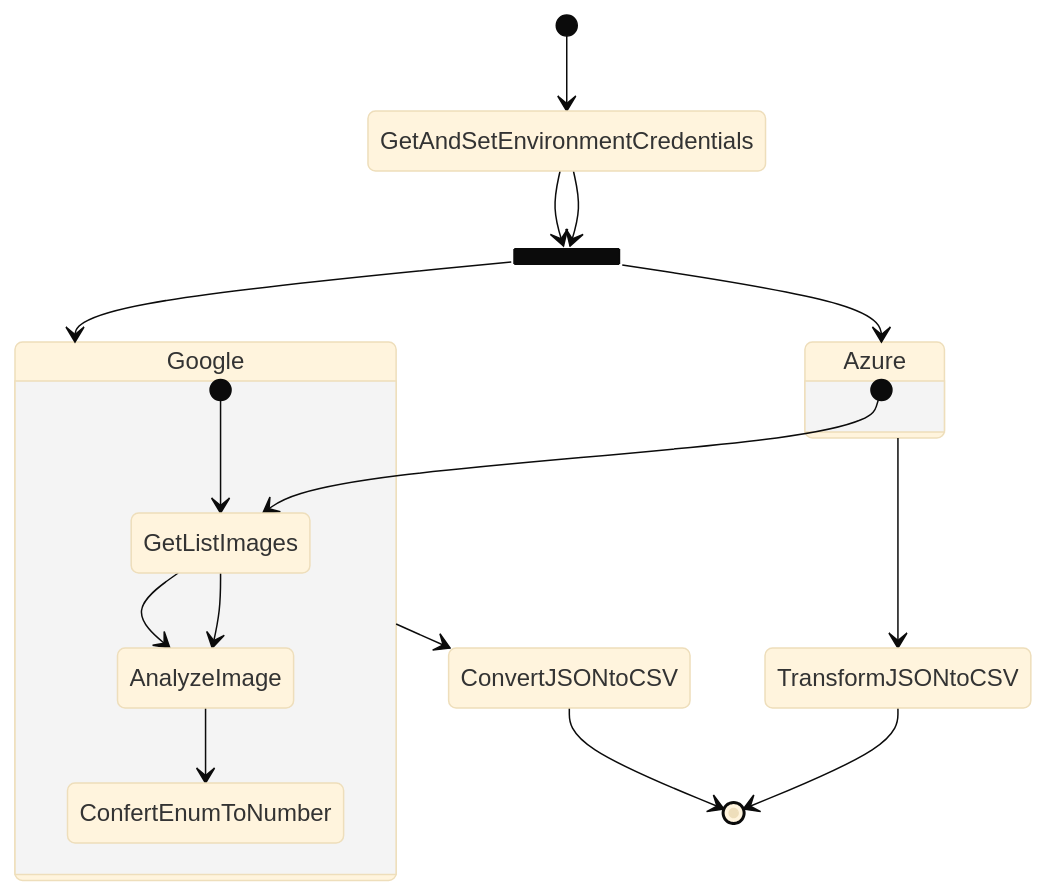
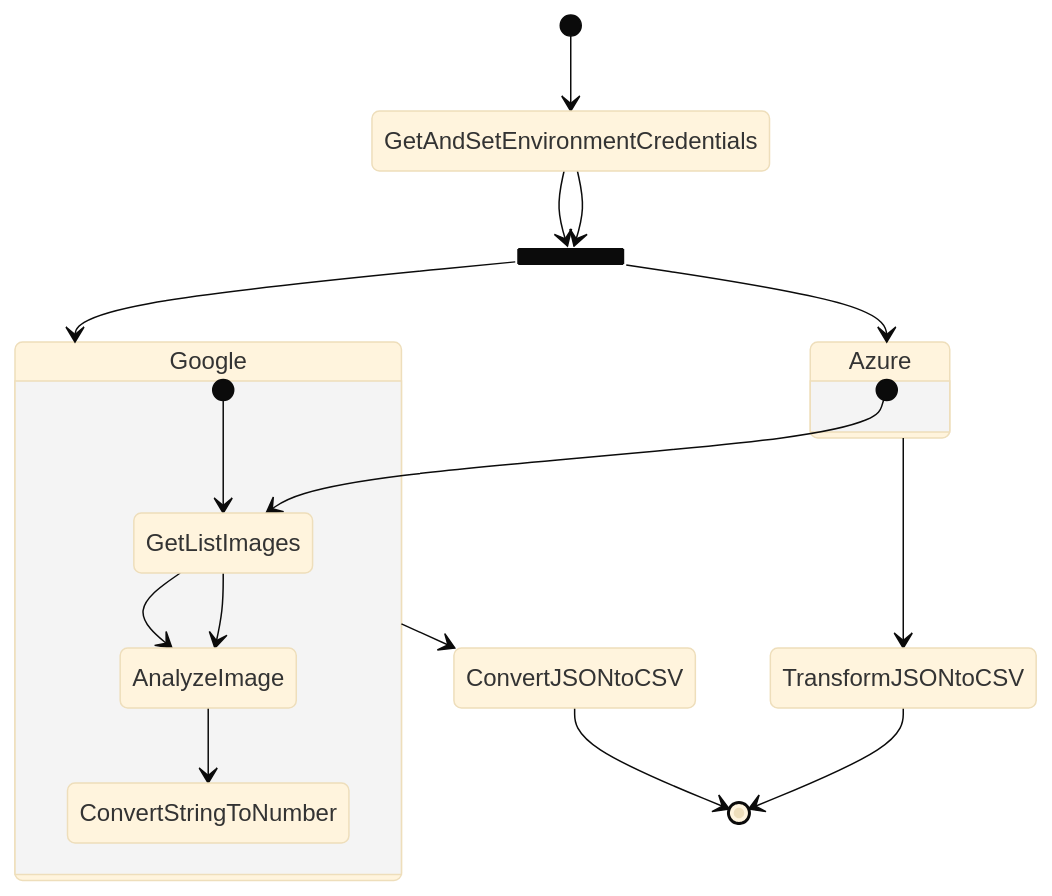
The diagram in diagrams/StateDiagram.md (bslbar/face-recognition), drawn with Mermaid (base theme) before and after one commit. The commit also changed 1 other file, not shown here.

Commit message:
edit diagrams

````diff
--- a/diagrams/StateDiagram.md
+++ b/diagrams/StateDiagram.md
@@ -1,23 +1,25 @@
 ```mermaid
+
 stateDiagram
     state fork_state <<fork>>
       [*] --> GetAndSetEnvironmentCredentials
       GetAndSetEnvironmentCredentials --> fork_state
       fork_state --> Azure
       state Azure {
             [*] --> GetListImages
             GetListImages --> AnalyzeImage
       }
       Azure --> TransformJSONtoCSV
       TransformJSONtoCSV --> [*]
 
       GetAndSetEnvironmentCredentials --> fork_state
       fork_state --> Google
       state Google {
             [*] --> GetListImages
             GetListImages --> AnalyzeImage
-            AnalyzeImage --> ConfertEnumToNumber
+            AnalyzeImage --> ConvertStringToNumber
       }
       Google --> ConvertJSONtoCSV
       ConvertJSONtoCSV --> [*]
+
 ```
````
